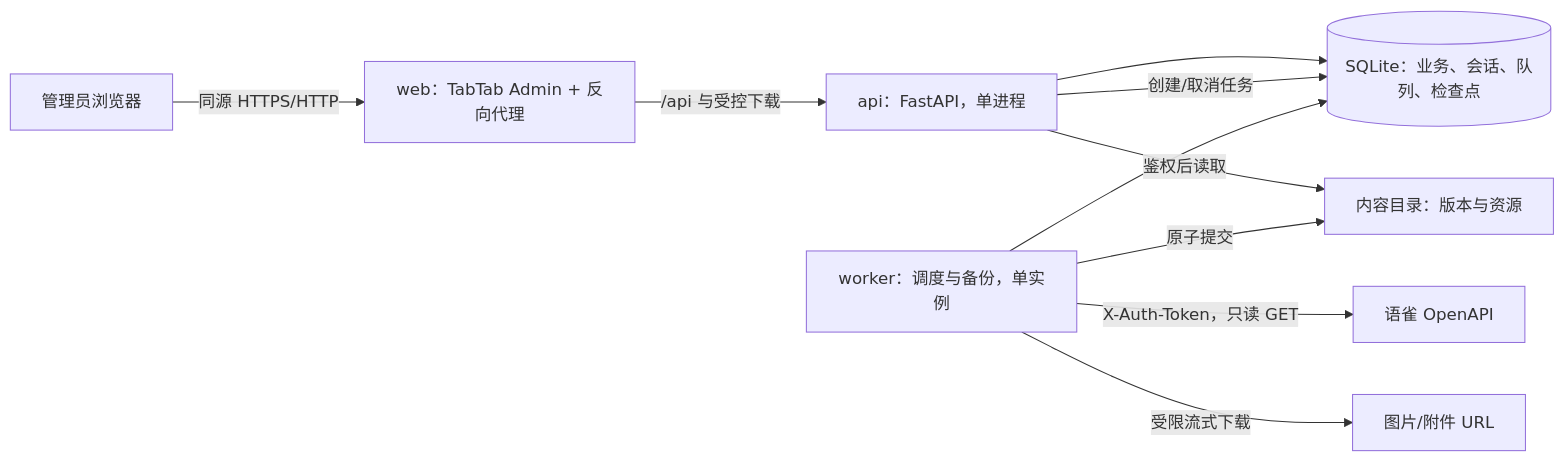
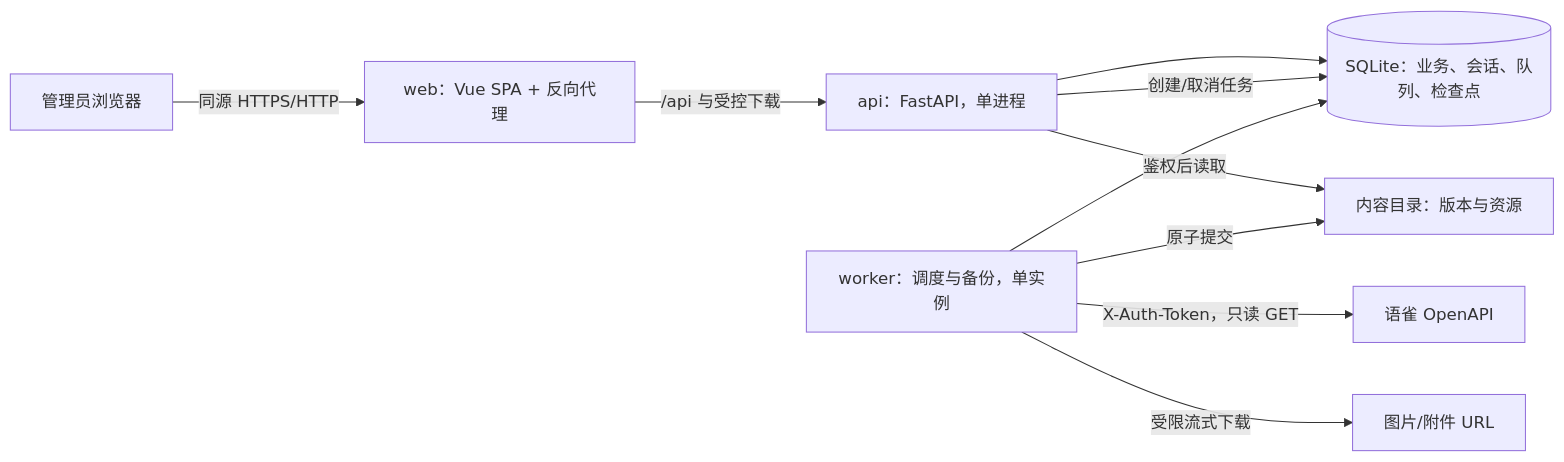
The diagram in 技术方案文档.md (Im-oldxu/yuque_backup), drawn with Mermaid before and after one commit. The commit also changed other lines of this file and 566 other files, not shown here.

````diff
--- a/技术方案文档.md
+++ b/技术方案文档.md
@@ -76,12 +77,12 @@
 ```mermaid
 flowchart LR
-    B["管理员浏览器"] -->|"同源 HTTPS/HTTP"| W["web：TabTab Admin + 反向代理"]
+    B["管理员浏览器"] -->|"同源 HTTPS/HTTP"| W["web：Vue SPA + 反向代理"]
     W -->|"/api 与受控下载"| A["api：FastAPI，单进程"]
     A --> DB[("SQLite：业务、会话、队列、检查点")]
     A -->|"鉴权后读取"| FS["内容目录：版本与资源"]
     A -->|"创建/取消任务"| DB
     K["worker：调度与备份，单实例"] --> DB
     K -->|"原子提交"| FS
     K -->|"X-Auth-Token，只读 GET"| Y["语雀 OpenAPI"]
     K -->|"受限流式下载"| R["图片/附件 URL"]
 ```
````
